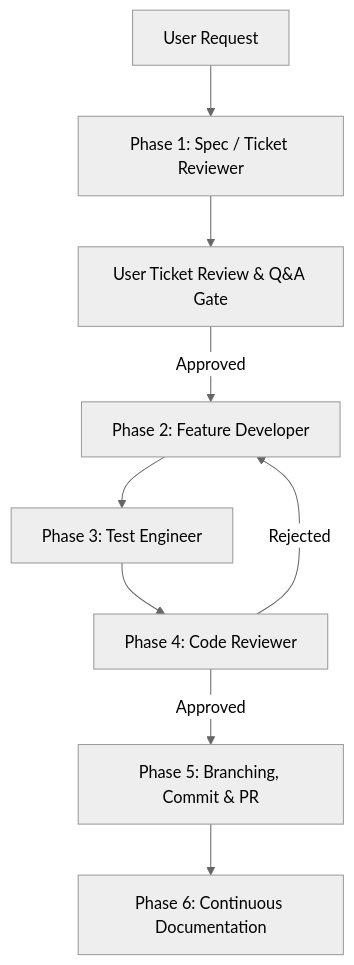
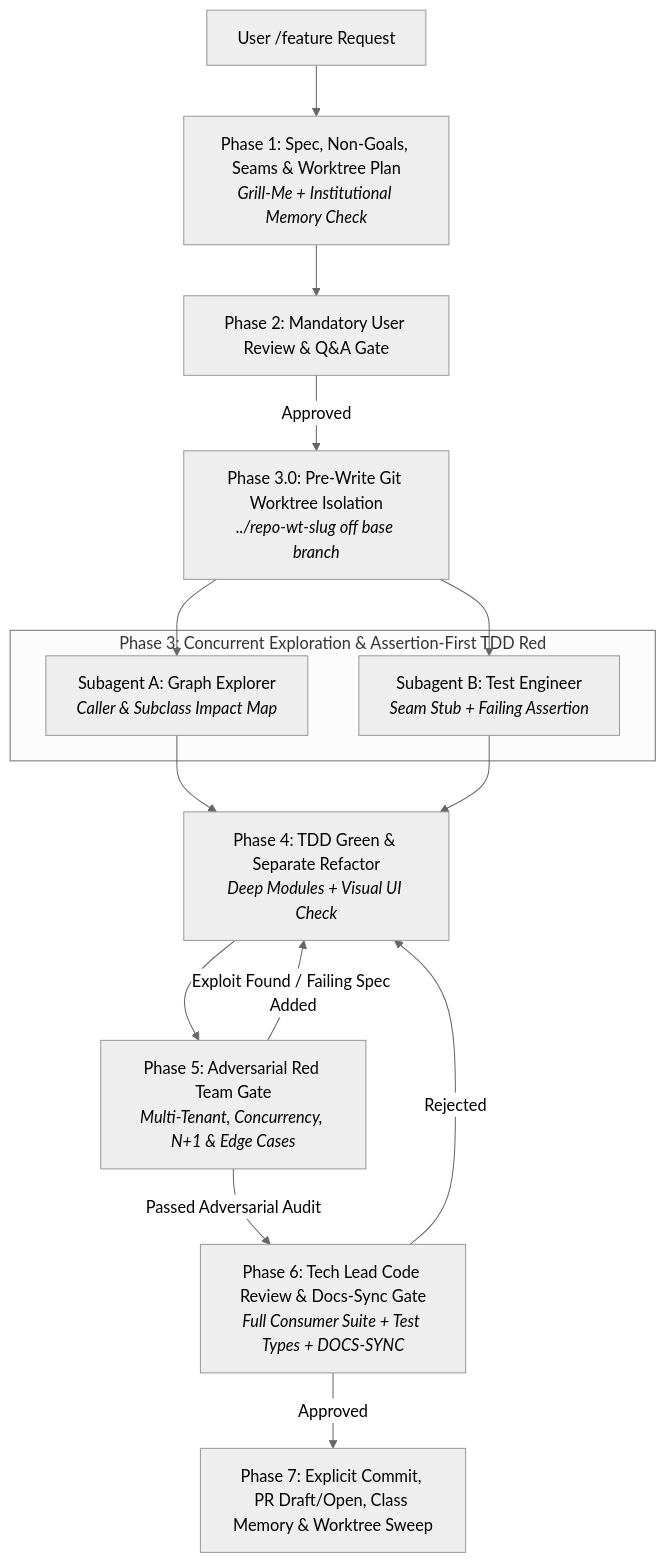
One commit to FrancoRodriguez/feature-development-pipeline-skill changed the diagram in SKILL.md. Above: the diagram before and after it, drawn with Mermaid (neutral theme). The commit also changed other lines of this file and 2 other files, not shown here.

Commit message:
feat: upgrade to 7-phase multi-agent pipeline with git-worktree isolation, assertion-first TDD, Red Team, and DOCS-SYNC gates

````diff
--- a/SKILL.md
+++ b/SKILL.md
@@ -14,11 +20,23 @@
 ```mermaid
 graph TD
-    A[User Request] --> B[Phase 1: Spec / Ticket Reviewer]
-    B --> GATE[User Ticket Review & Q&A Gate]
-    GATE -- Approved --> C[Phase 2: Feature Developer]
-    C --> D[Phase 3: Test Engineer]
-    D --> E[Phase 4: Code Reviewer]
-    E -- Rejected --> C
-    E -- Approved --> F[Phase 5: Branching, Commit & PR]
-    F --> G[Phase 6: Continuous Documentation]
+    A["User /feature Request"] --> B["Phase 1: Spec, Non-Goals, Seams & Worktree Plan<br><i>Grill-Me + Institutional Memory Check</i>"]
+    B --> GATE["Phase 2: Mandatory User Review & Q&A Gate"]
+    GATE -- Approved --> WT["Phase 3.0: Pre-Write Git Worktree Isolation<br><i>../repo-wt-slug off base branch</i>"]
+
+    subgraph PARALLEL_EXEC ["Phase 3: Concurrent Exploration & Assertion-First TDD Red"]
+        P1["Subagent A: Graph Explorer<br><i>Caller & Subclass Impact Map</i>"]
+        P2["Subagent B: Test Engineer<br><i>Seam Stub + Failing Assertion</i>"]
+    end
+
+    WT --> P1
+    WT --> P2
+    P1 --> D["Phase 4: TDD Green & Separate Refactor<br><i>Deep Modules + Visual UI Check</i>"]
+    P2 --> D
+
+    D --> REDTEAM["Phase 5: Adversarial Red Team Gate<br><i>Multi-Tenant, Concurrency, N+1 & Edge Cases</i>"]
+    REDTEAM -- "Exploit Found / Failing Spec Added" --> D
+    REDTEAM -- "Passed Adversarial Audit" --> REVIEW["Phase 6: Tech Lead Code Review & Docs-Sync Gate<br><i>Full Consumer Suite + Test Types + DOCS-SYNC</i>"]
+
+    REVIEW -- Rejected --> D
+    REVIEW -- Approved --> F["Phase 7: Explicit Commit, PR Draft/Open, Class Memory & Worktree Sweep"]
 ```
````
